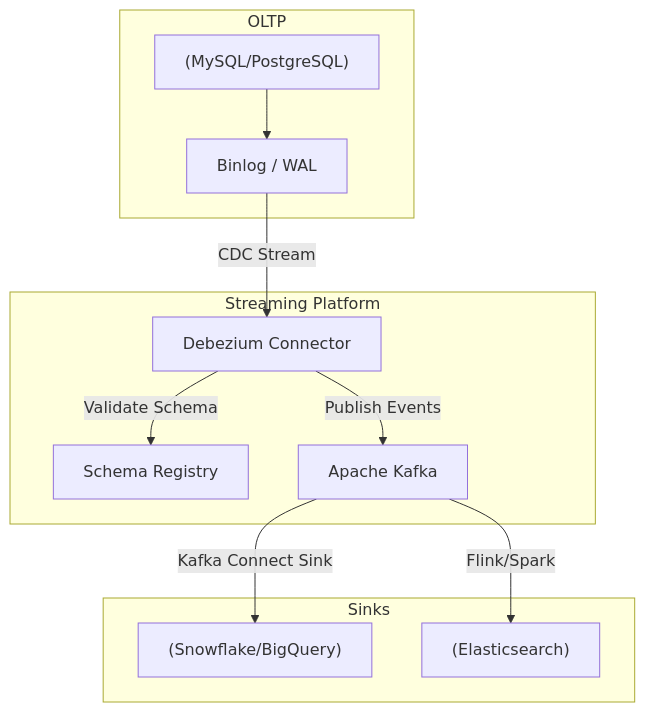
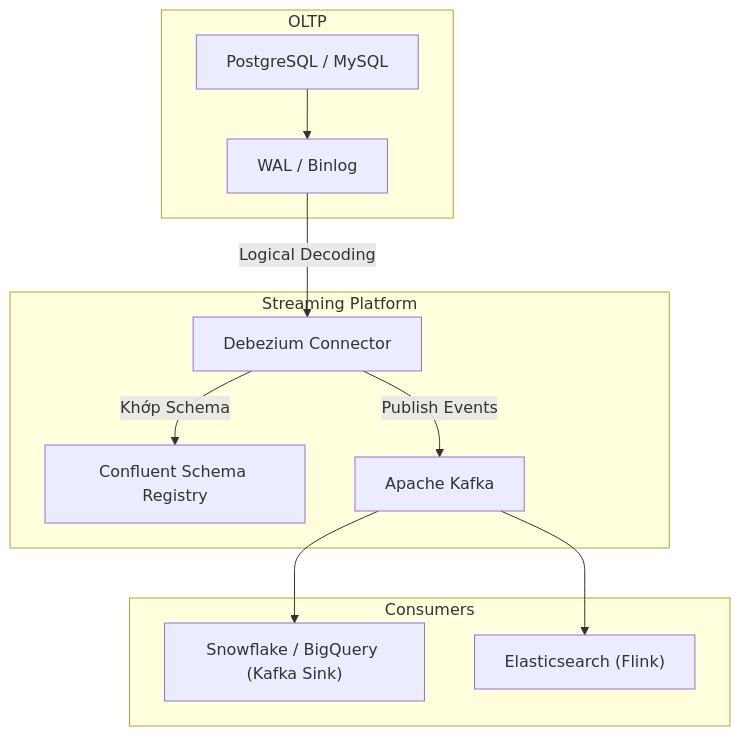
Before and after one commit to kythuatdulieu/kythuatdulieu.github.io: the second of 2 diagrams in src/content/docs/concepts/2-data-ingestion-integration/change-data-capture.md, drawn with Mermaid. The commit also changed other lines of this file and 228 other files, not shown here.

Commit message:
Fix syntax and rewrite 200+ concepts docs to deep-dive system architecture and add GA4 tracking to quiz app

````diff
--- a/src/content/docs/concepts/2-data-ingestion-integration/change-data-capture.md
+++ b/src/content/docs/concepts/2-data-ingestion-integration/change-data-capture.md
@@ -76,26 +80,26 @@
 ```mermaid
 flowchart TD
     subgraph OLTP
-        DB["(MySQL/PostgreSQL)"]
-        Log["Binlog / WAL"]
+        DB["PostgreSQL / MySQL"]
+        Log["WAL / Binlog"]
         DB --> Log
     end
     
     subgraph Streaming Platform
         DC["Debezium Connector"]
-        SR["Schema Registry"]
+        SR["Confluent Schema Registry"]
         K["Apache Kafka"]
         
-        Log -- CDC Stream --> DC
-        DC -- Validate Schema --> SR
+        Log -- Logical Decoding --> DC
+        DC -- Khớp Schema --> SR
         DC -- Publish Events --> K
     end
     
-    subgraph Sinks
-        S1["(Snowflake/BigQuery)"]
-        S2["(Elasticsearch)"]
+    subgraph Consumers
+        S1["Snowflake / BigQuery (Kafka Sink)"]
+        S2["Elasticsearch (Flink)"]
         
-        K -- Kafka Connect Sink --> S1
-        K -- Flink/Spark --> S2
+        K --> S1
+        K --> S2
     end
 ```
````
